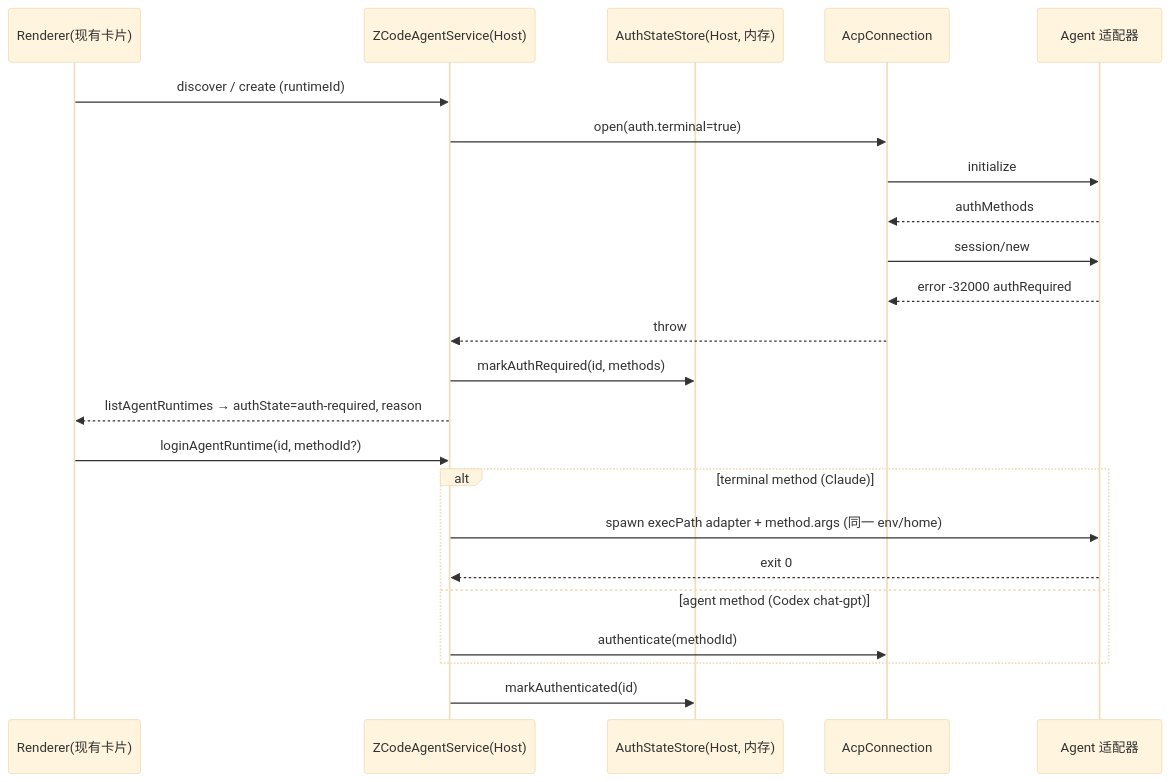
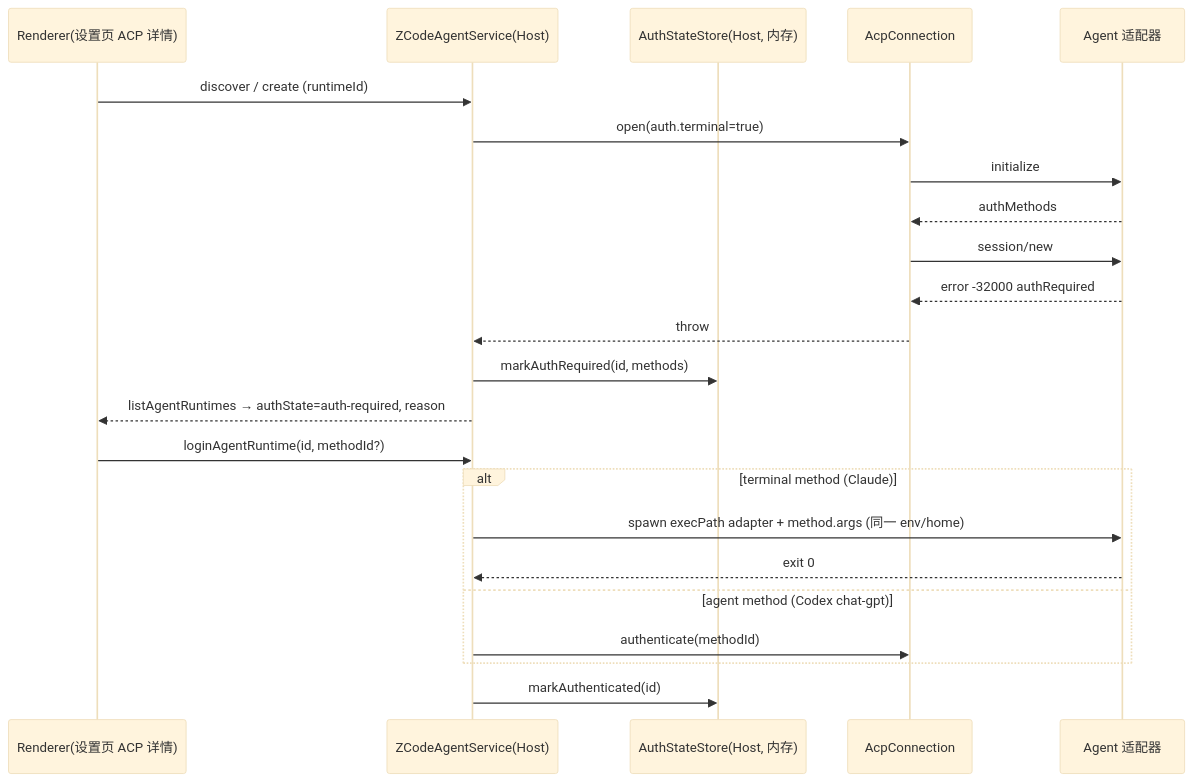
One commit to luwux/zcode-agents changed the first of 2 diagrams in openspec/changes/add-builtin-acp-runtimes/design.md. Above: the diagram before and after it, drawn with Mermaid (base theme). The commit also changed other lines of this file and 54 other files, not shown here.

````diff
--- a/openspec/changes/add-builtin-acp-runtimes/design.md
+++ b/openspec/changes/add-builtin-acp-runtimes/design.md
@@ -54,25 +56,25 @@
 ```mermaid
 sequenceDiagram
-  participant UI as Renderer(现有卡片)
+  participant UI as Renderer(设置页 ACP 详情)
   participant S as ZCodeAgentService(Host)
   participant A as AuthStateStore(Host, 内存)
   participant C as AcpConnection
   participant G as Agent 适配器
   UI->>S: discover / create (runtimeId)
   S->>C: open(auth.terminal=true)
   C->>G: initialize
   G-->>C: authMethods
   C->>G: session/new
   G-->>C: error -32000 authRequired
   C-->>S: throw
   S->>A: markAuthRequired(id, methods)
   S-->>UI: listAgentRuntimes → authState=auth-required, reason
   UI->>S: loginAgentRuntime(id, methodId?)
   alt terminal method (Claude)
     S->>G: spawn execPath adapter + method.args (同一 env/home)
     G-->>S: exit 0
   else agent method (Codex chat-gpt)
     S->>C: authenticate(methodId)
   end
   S->>A: markAuthenticated(id)
 ```
````
